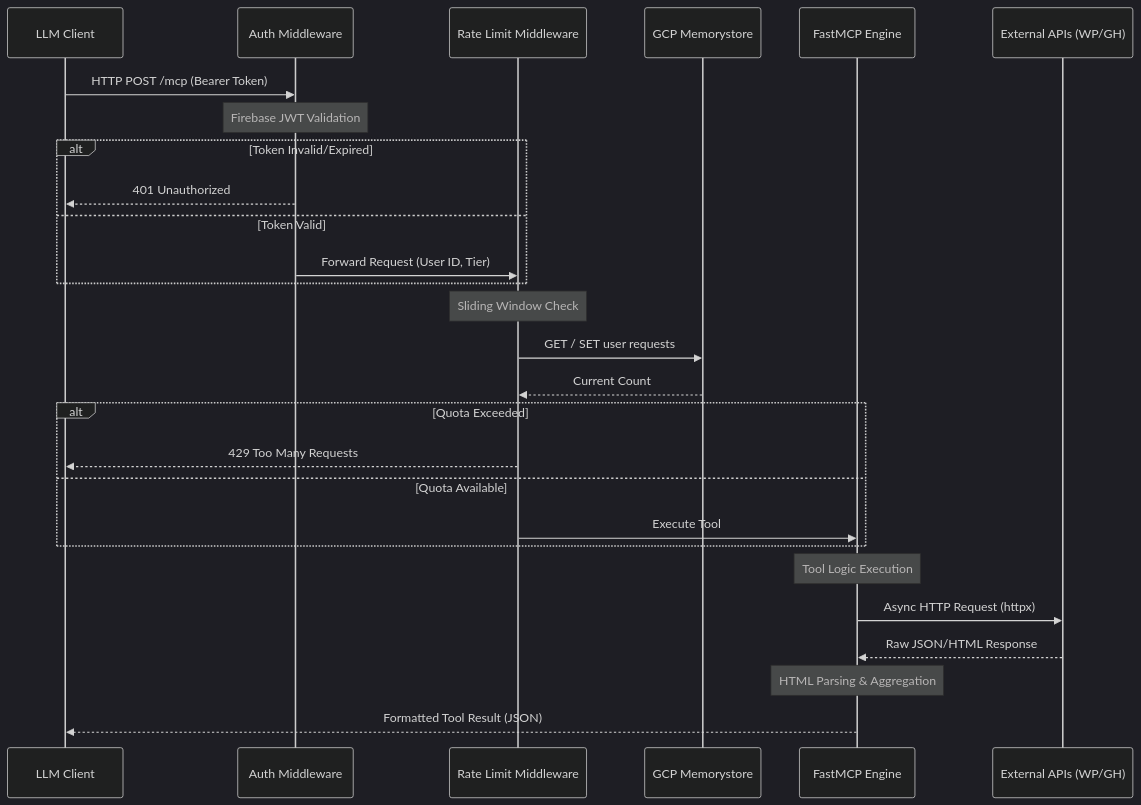
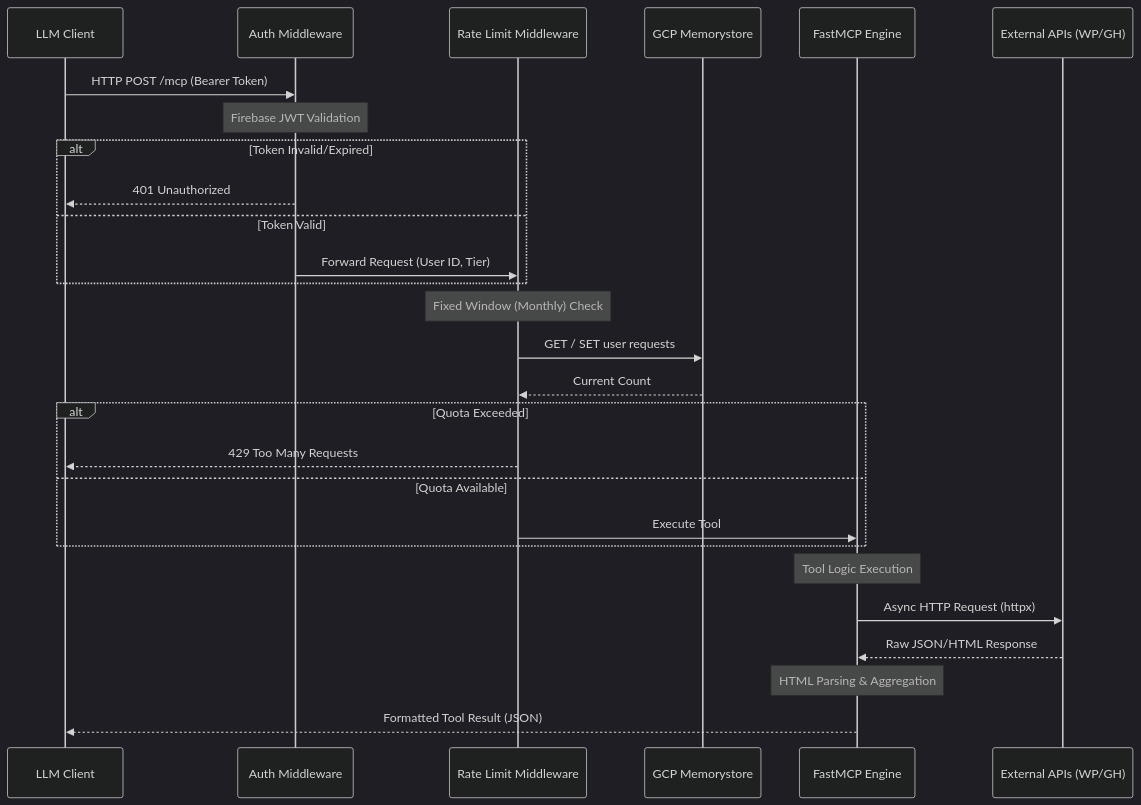
The second of 2 diagrams in docs/1-technical/architecture.md (ambiental-media/jor-mcp), drawn with Mermaid before and after one commit. The commit also changed 1 other file, not shown here.

Commit message:
chore: update rate limit window definition

````diff
--- a/docs/1-technical/architecture.md
+++ b/docs/1-technical/architecture.md
@@ -45,36 +45,36 @@
 ```mermaid
 %%{init: {'theme': 'dark'}}%%
 sequenceDiagram
     participant C as LLM Client
     participant Auth as Auth Middleware
     participant RL as Rate Limit Middleware
     participant Redis as GCP Memorystore
     participant MCP as FastMCP Engine
     participant Ext as External APIs (WP/GH)
 
     C->>Auth: HTTP POST /mcp (Bearer Token)
     
     Note over Auth: Firebase JWT Validation
     alt Token Invalid/Expired
         Auth-->>C: 401 Unauthorized
     else Token Valid
         Auth->>RL: Forward Request (User ID, Tier)
     end
 
-    Note over RL: Sliding Window Check
+    Note over RL: Fixed Window (Monthly) Check
     RL->>Redis: GET / SET user requests
     Redis-->>RL: Current Count
     
     alt Quota Exceeded
         RL-->>C: 429 Too Many Requests
     else Quota Available
         RL->>MCP: Execute Tool
     end
 
     Note over MCP: Tool Logic Execution
     MCP->>Ext: Async HTTP Request (httpx)
     Ext-->>MCP: Raw JSON/HTML Response
     
     Note over MCP: HTML Parsing & Aggregation
     MCP-->>C: Formatted Tool Result (JSON)
 ```
````
